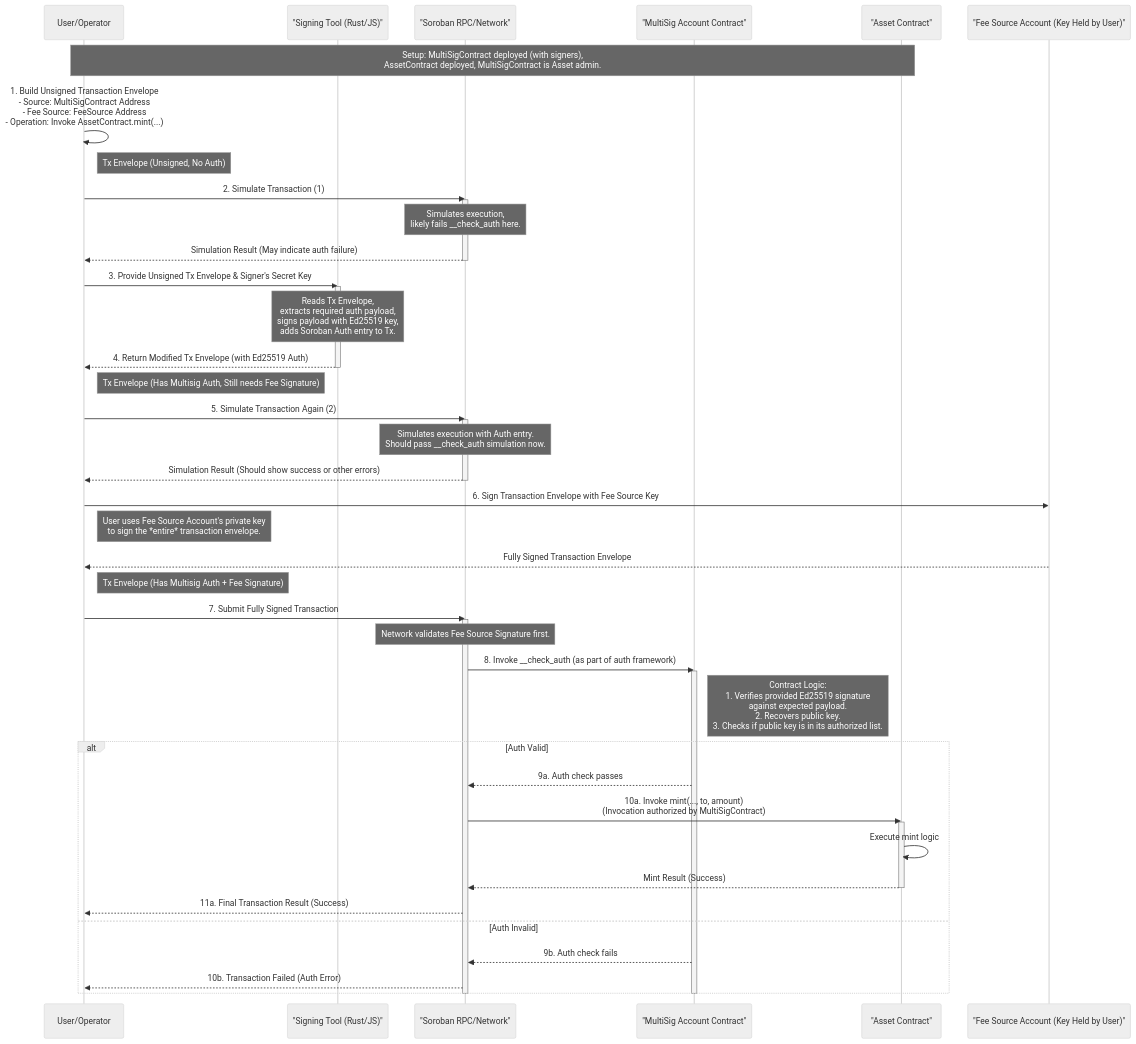
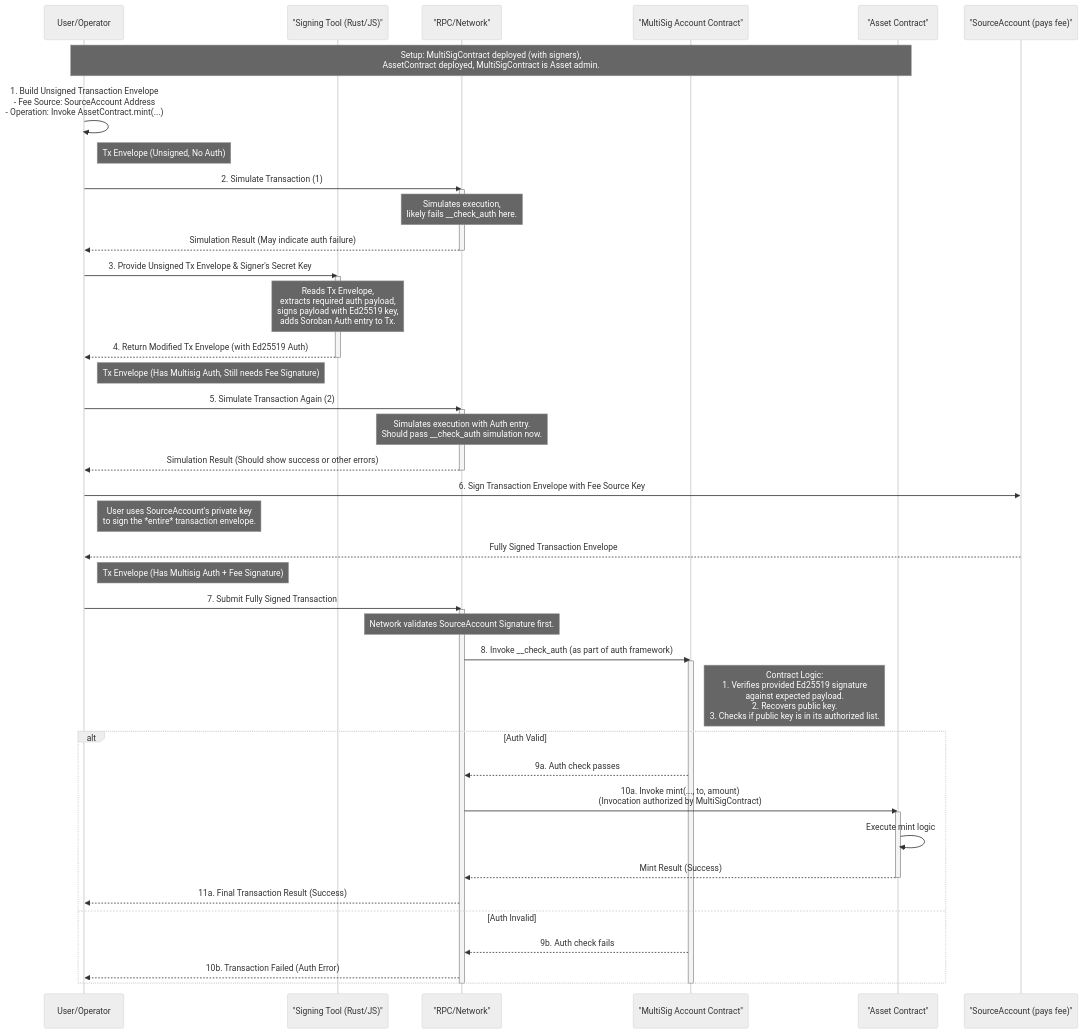
The diagram in multisig_1_of_n_account/README.md (stellar/soroban-examples), drawn with Mermaid (neutral theme) before and after one commit.

Commit message:
update mermaid diagram labels

````diff
--- a/multisig_1_of_n_account/README.md
+++ b/multisig_1_of_n_account/README.md
@@ -11,65 +11,65 @@
 ```mermaid
 sequenceDiagram
     participant User/Operator
     participant SigningTool as "Signing Tool (Rust/JS)"
-    participant SorobanRPC as "Soroban RPC/Network"
+    participant RPC as "RPC/Network"
     participant MultiSigContract as "MultiSig Account Contract"
     participant AssetContract as "Asset Contract"
-    participant FeeSource as "Fee Source Account (Key Held by User)"
+    participant SourceAccount as "SourceAccount (pays fee)"
 
     Note over User/Operator, AssetContract: Setup: MultiSigContract deployed (with signers),<br/>AssetContract deployed, MultiSigContract is Asset admin.
 
-    User/Operator->>User/Operator: 1. Build Unsigned Transaction Envelope<br/> - Source: MultiSigContract Address<br/> - Fee Source: FeeSource Address<br/> - Operation: Invoke AssetContract.mint(...)
+    User/Operator->>User/Operator: 1. Build Unsigned Transaction Envelope<br/> - Fee Source: SourceAccount Address<br/> - Operation: Invoke AssetContract.mint(...)
     Note right of User/Operator: Tx Envelope (Unsigned, No Auth)
 
-    User/Operator->>SorobanRPC: 2. Simulate Transaction (1)
-    activate SorobanRPC
-    Note over SorobanRPC: Simulates execution,<br/>likely fails __check_auth here.
-    SorobanRPC-->>User/Operator: Simulation Result (May indicate auth failure)
-    deactivate SorobanRPC
+    User/Operator->>RPC: 2. Simulate Transaction (1)
+    activate RPC
+    Note over RPC: Simulates execution,<br/>likely fails __check_auth here.
+    RPC-->>User/Operator: Simulation Result (May indicate auth failure)
+    deactivate RPC
 
     User/Operator->>SigningTool: 3. Provide Unsigned Tx Envelope & Signer's Secret Key
     activate SigningTool
     Note over SigningTool: Reads Tx Envelope,<br/>extracts required auth payload,<br/>signs payload with Ed25519 key,<br/>adds Soroban Auth entry to Tx.
     SigningTool-->>User/Operator: 4. Return Modified Tx Envelope (with Ed25519 Auth)
     deactivate SigningTool
     Note right of User/Operator: Tx Envelope (Has Multisig Auth, Still needs Fee Signature)
 
-    User/Operator->>SorobanRPC: 5. Simulate Transaction Again (2)
-    activate SorobanRPC
-    Note over SorobanRPC: Simulates execution with Auth entry.<br/>Should pass __check_auth simulation now.
-    SorobanRPC-->>User/Operator: Simulation Result (Should show success or other errors)
-    deactivate SorobanRPC
+    User/Operator->>RPC: 5. Simulate Transaction Again (2)
+    activate RPC
+    Note over RPC: Simulates execution with Auth entry.<br/>Should pass __check_auth simulation now.
+    RPC-->>User/Operator: Simulation Result (Should show success or other errors)
+    deactivate RPC
 
-    User/Operator->>FeeSource: 6. Sign Transaction Envelope with Fee Source Key
-    Note right of User/Operator: User uses Fee Source Account's private key<br/>to sign the *entire* transaction envelope.
-    FeeSource-->>User/Operator: Fully Signed Transaction Envelope
+    User/Operator->>SourceAccount: 6. Sign Transaction Envelope with Fee Source Key
+    Note right of User/Operator: User uses SourceAccount's private key<br/>to sign the *entire* transaction envelope.
+    SourceAccount-->>User/Operator: Fully Signed Transaction Envelope
     Note right of User/Operator: Tx Envelope (Has Multisig Auth + Fee Signature)
 
-    User/Operator->>SorobanRPC: 7. Submit Fully Signed Transaction
-    activate SorobanRPC
+    User/Operator->>RPC: 7. Submit Fully Signed Transaction
+    activate RPC
 
-    Note over SorobanRPC: Network validates Fee Source Signature first.
-    SorobanRPC->>MultiSigContract: 8. Invoke __check_auth (as part of auth framework)
+    Note over RPC: Network validates SourceAccount Signature first.
+    RPC->>MultiSigContract: 8. Invoke __check_auth (as part of auth framework)
     activate MultiSigContract
     Note right of MultiSigContract: Contract Logic:<br/>1. Verifies provided Ed25519 signature<br/>   against expected payload.<br/>2. Recovers public key.<br/>3. Checks if public key is in its authorized list.
 
     alt Auth Valid
-        MultiSigContract-->>SorobanRPC: 9a. Auth check passes
+        MultiSigContract-->>RPC: 9a. Auth check passes
         
-        SorobanRPC->>AssetContract: 10a. Invoke mint(..., to, amount)<br/>(Invocation authorized by MultiSigContract)
+        RPC->>AssetContract: 10a. Invoke mint(..., to, amount)<br/>(Invocation authorized by MultiSigContract)
         activate AssetContract
         AssetContract->>AssetContract: Execute mint logic
-        AssetContract-->>SorobanRPC: Mint Result (Success)
+        AssetContract-->>RPC: Mint Result (Success)
         deactivate AssetContract
         
-        SorobanRPC-->>User/Operator: 11a. Final Transaction Result (Success)
+        RPC-->>User/Operator: 11a. Final Transaction Result (Success)
     else Auth Invalid
-        MultiSigContract-->>SorobanRPC: 9b. Auth check fails
+        MultiSigContract-->>RPC: 9b. Auth check fails
         
-        SorobanRPC-->>User/Operator: 10b. Transaction Failed (Auth Error)
+        RPC-->>User/Operator: 10b. Transaction Failed (Auth Error)
     end
     
     deactivate MultiSigContract
-    deactivate SorobanRPC
+    deactivate RPC
 ```
````
